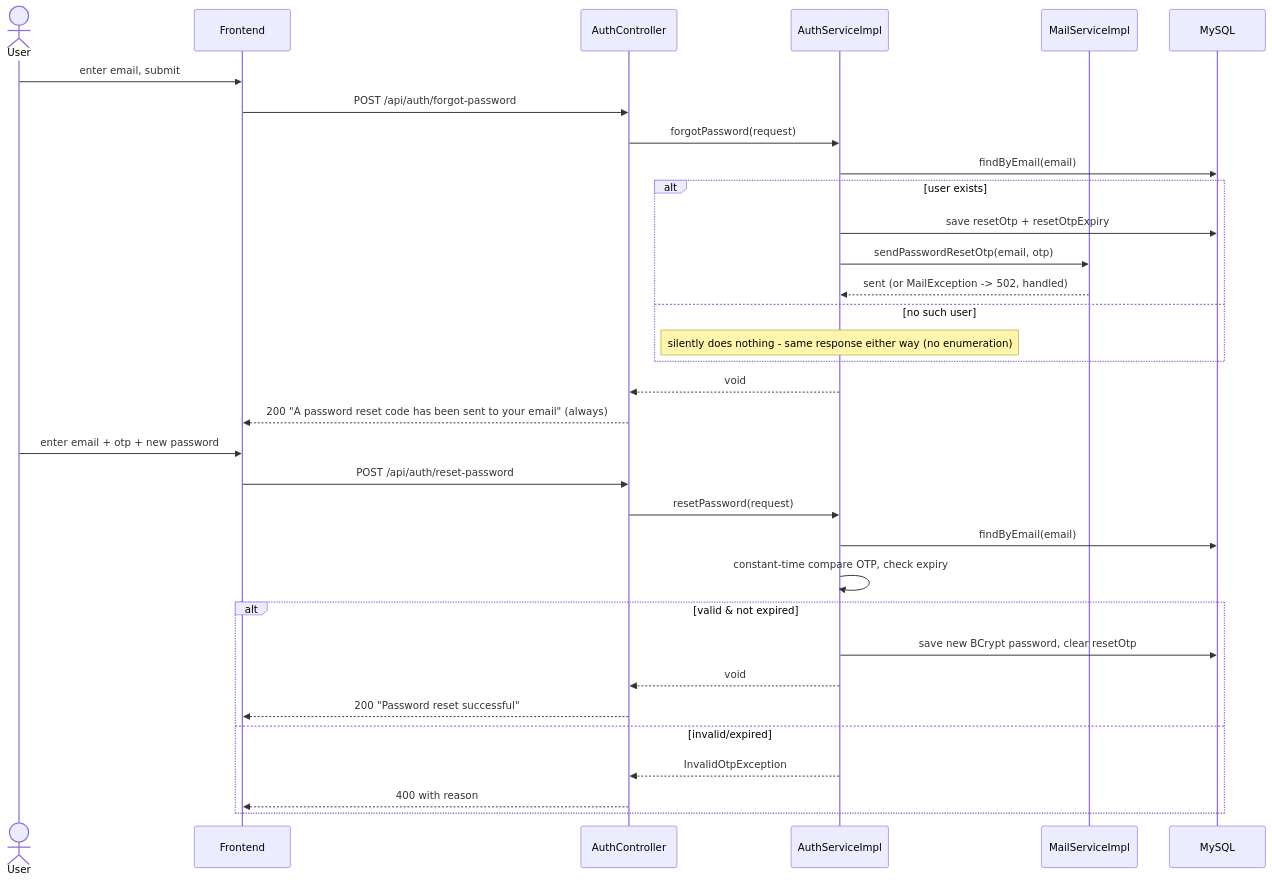
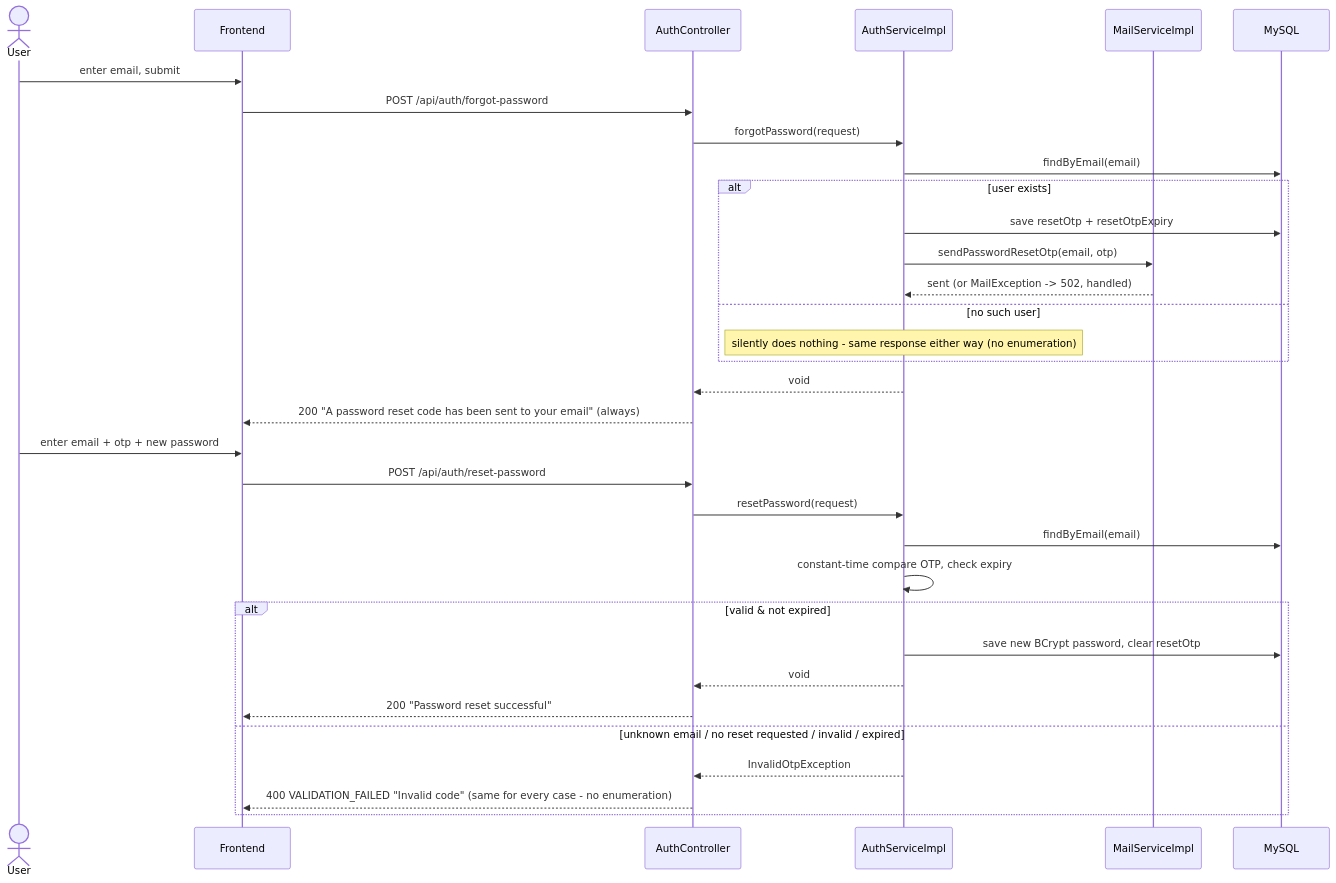
One commit to TSSwork/SuwaLink-IT3003-Project changed the fifth of 14 diagrams in README/DIAGRAMS.md. Above: the diagram before and after it, drawn with Mermaid. The commit also changed 7 other files, not shown here.

Commit message:
fix(auth): reset-password answers unknown emails like a wrong code; harden sign-in redirect

````diff
--- a/README/DIAGRAMS.md
+++ b/README/DIAGRAMS.md
@@ -362,37 +362,37 @@
 ```mermaid
 sequenceDiagram
     actor U as User
     participant FE as Frontend
     participant AC as AuthController
     participant AS as AuthServiceImpl
     participant Mail as MailServiceImpl
     participant DB as MySQL
 
     U->>FE: enter email, submit
     FE->>AC: POST /api/auth/forgot-password
     AC->>AS: forgotPassword(request)
     AS->>DB: findByEmail(email)
     alt user exists
         AS->>DB: save resetOtp + resetOtpExpiry
         AS->>Mail: sendPasswordResetOtp(email, otp)
         Mail-->>AS: sent (or MailException -> 502, handled)
     else no such user
         Note over AS: silently does nothing - same response either way (no enumeration)
     end
     AS-->>AC: void
     AC-->>FE: 200 "A password reset code has been sent to your email" (always)
 
     U->>FE: enter email + otp + new password
     FE->>AC: POST /api/auth/reset-password
     AC->>AS: resetPassword(request)
     AS->>DB: findByEmail(email)
     AS->>AS: constant-time compare OTP, check expiry
     alt valid & not expired
         AS->>DB: save new BCrypt password, clear resetOtp
         AS-->>AC: void
         AC-->>FE: 200 "Password reset successful"
-    else invalid/expired
+    else unknown email / no reset requested / invalid / expired
         AS-->>AC: InvalidOtpException
-        AC-->>FE: 400 with reason
+        AC-->>FE: 400 VALIDATION_FAILED "Invalid code" (same for every case - no enumeration)
     end
 ```
````
